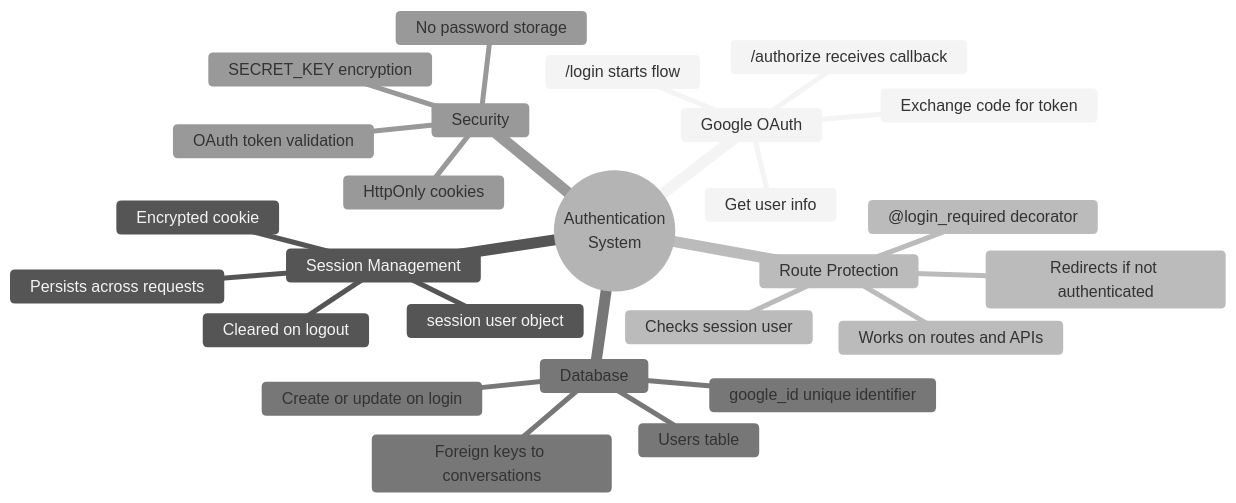
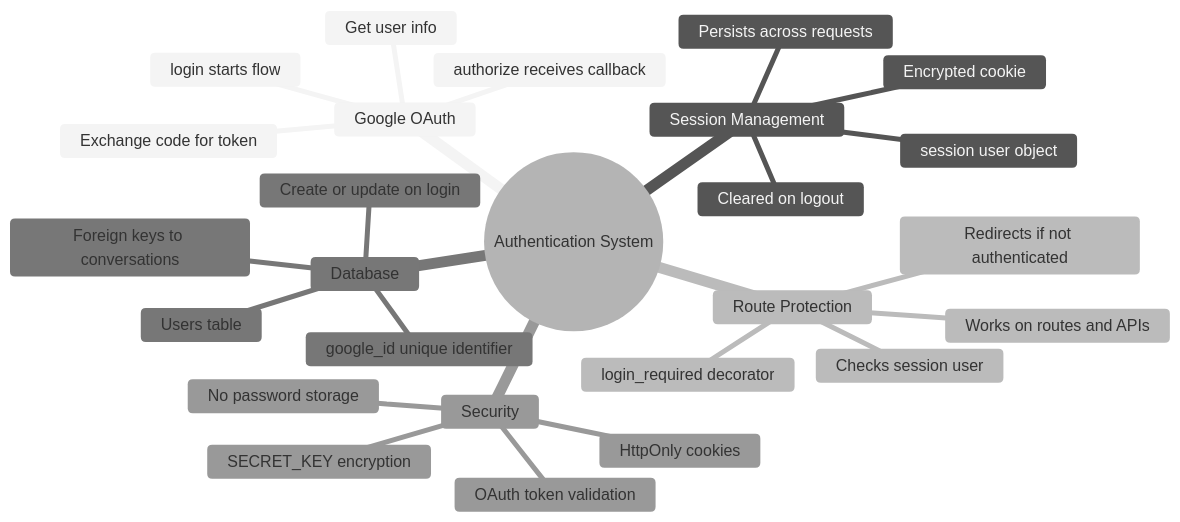
Diagram 14 of 15 in docs/OAUTH_FLOWCHART.md (DANI-cloud-del/Flask), drawn with Mermaid (neutral theme) before and after one commit. The commit also changed other lines of this file, not shown here.

Commit message:
Fix Mermaid syntax errors in flowcharts - escape special characters and fix line breaks

````diff
--- a/docs/OAUTH_FLOWCHART.md
+++ b/docs/OAUTH_FLOWCHART.md
@@ -529,29 +461,29 @@
 ```mermaid
 mindmap
-  root((Authentication<br/>System))
+  root((Authentication System))
     Google OAuth
-      /login starts flow
-      /authorize receives callback
+      login starts flow
+      authorize receives callback
       Exchange code for token
       Get user info
     Session Management
       Encrypted cookie
       session user object
       Persists across requests
       Cleared on logout
     Route Protection
-      @login_required decorator
+      login_required decorator
       Checks session user
       Redirects if not authenticated
       Works on routes and APIs
     Database
       Users table
       google_id unique identifier
       Create or update on login
       Foreign keys to conversations
     Security
       No password storage
       HttpOnly cookies
       SECRET_KEY encryption
       OAuth token validation
 ```
````
